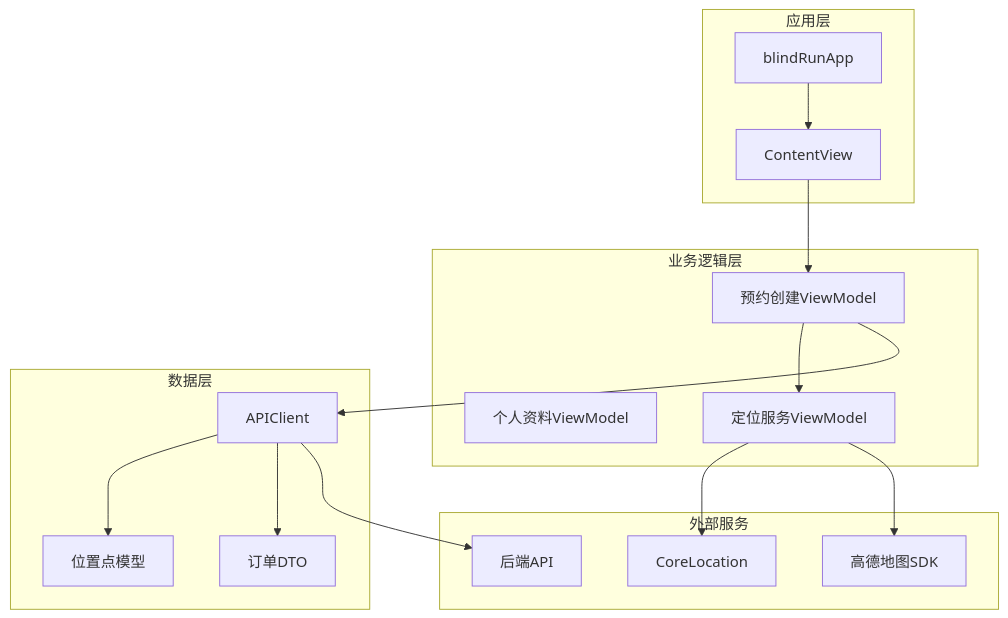
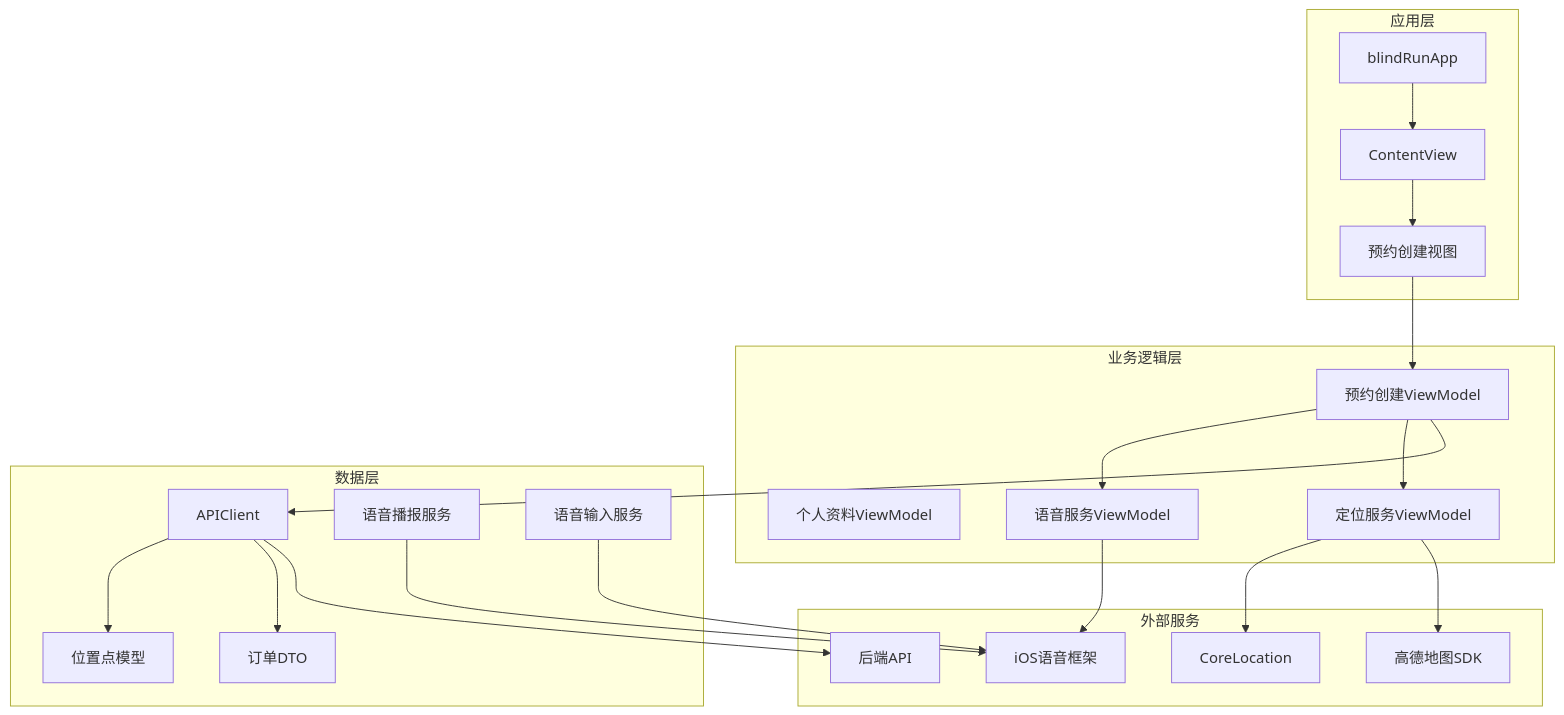
The first of 10 diagrams in .qoder/repowiki/zh/content/核心功能模块/盲人跑者功能/预约创建系统.md (Jayden23018/blind-run-ios), drawn with Mermaid before and after one commit. The commit also changed other lines of this file and 14 other files, not shown here.

Commit message:
Improve blind runner booking map and speech input flows

````diff
--- a/.qoder/repowiki/zh/content/核心功能模块/盲人跑者功能/预约创建系统.md
+++ b/.qoder/repowiki/zh/content/核心功能模块/盲人跑者功能/预约创建系统.md
@@ -37,31 +50,41 @@
 ```mermaid
 graph TB
 subgraph "应用层"
 BRApp[blindRunApp]
 ContentView[ContentView]
+BlindBookingView[预约创建视图]
 end
 subgraph "业务逻辑层"
 BookingVM[预约创建ViewModel]
 ProfileVM[个人资料ViewModel]
 LocationVM[定位服务ViewModel]
+SpeechVM[语音服务ViewModel]
 end
 subgraph "数据层"
 APIClient[APIClient]
 OrderDTO[订单DTO]
 LocationPoint[位置点模型]
+SpeechService[语音播报服务]
+SpeechInputService[语音输入服务]
 end
 subgraph "外部服务"
 AMap[高德地图SDK]
 CoreLocation[CoreLocation]
 Backend[后端API]
+SpeechFramework[iOS语音框架]
 end
 BRApp --> ContentView
-ContentView --> BookingVM
+ContentView --> BlindBookingView
+BlindBookingView --> BookingVM
 BookingVM --> APIClient
 BookingVM --> LocationVM
+BookingVM --> SpeechVM
 LocationVM --> AMap
 LocationVM --> CoreLocation
+SpeechVM --> SpeechFramework
 APIClient --> Backend
 APIClient --> OrderDTO
 APIClient --> LocationPoint
+SpeechService --> SpeechFramework
+SpeechInputService --> SpeechFramework
 ```
````
